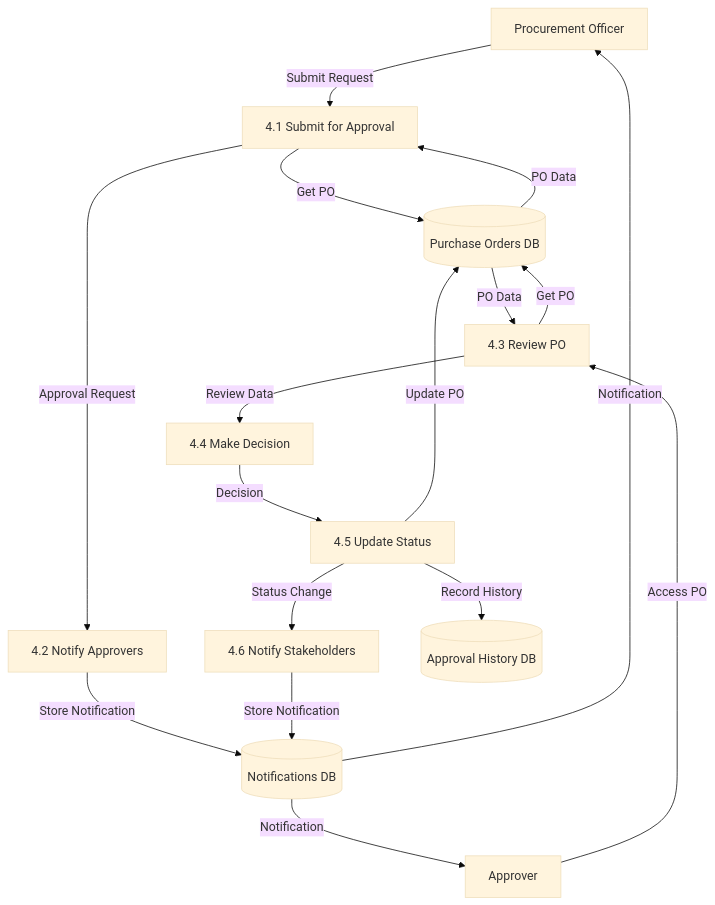
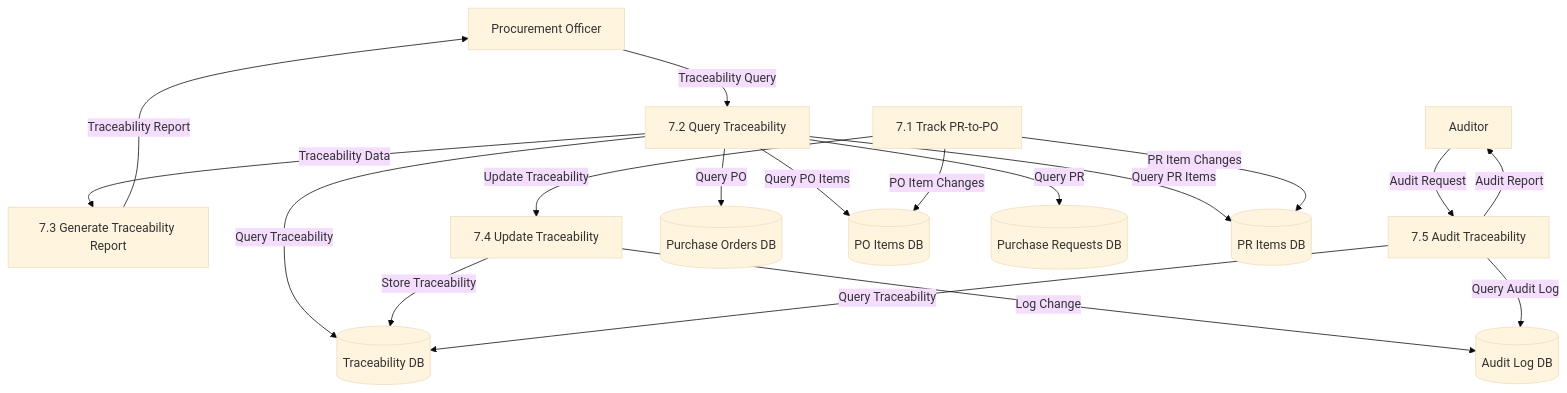
One commit to CarmenSoftware-organization/carmen changed the fifth of 6 diagrams in docs/po/purchase-order-data-flow.md. Above: the diagram before and after it, drawn with Mermaid (base theme). The commit also changed other lines of this file and 188 other files, not shown here.

````diff
--- a/docs/po/purchase-order-data-flow.md
+++ b/docs/po/purchase-order-data-flow.md
@@ -154,40 +199,44 @@
 ```mermaid
 flowchart TD
     %% External Entities
     ProcurementOfficer[Procurement Officer]
-    Approver[Approver]
+    Auditor[Auditor]
     
     %% Processes
-    SubmitForApproval[4.1 Submit for Approval]
-    NotifyApprovers[4.2 Notify Approvers]
-    ReviewPO[4.3 Review PO]
-    MakeDecision[4.4 Make Decision]
-    UpdateStatus[4.5 Update Status]
-    NotifyStakeholders[4.6 Notify Stakeholders]
+    TrackPRtoPO[7.1 Track PR-to-PO]
+    QueryTraceability[7.2 Query Traceability]
+    GenerateTraceabilityReport[7.3 Generate Traceability Report]
+    UpdateTraceability[7.4 Update Traceability]
+    AuditTraceability[7.5 Audit Traceability]
     
     %% Data Stores
     PurchaseOrdersDB[(Purchase Orders DB)]
-    ApprovalHistoryDB[(Approval History DB)]
-    NotificationsDB[(Notifications DB)]
+    PurchaseOrderItemsDB[(PO Items DB)]
+    PRsDB[(Purchase Requests DB)]
+    PRItemsDB[(PR Items DB)]
+    TraceabilityDB[(Traceability DB)]
+    AuditLogDB[(Audit Log DB)]
     
     %% Data Flows
-    ProcurementOfficer -->|Submit Request| SubmitForApproval
-    SubmitForApproval -->|Get PO| PurchaseOrdersDB
-    PurchaseOrdersDB -->|PO Data| SubmitForApproval
-    SubmitForApproval -->|Approval Request| NotifyApprovers
+    ProcurementOfficer -->|Traceability Query| QueryTraceability
+    QueryTraceability -->|Query PR| PRsDB
+    QueryTraceability -->|Query PR Items| PRItemsDB
+    QueryTraceability -->|Query PO| PurchaseOrdersDB
+    QueryTraceability -->|Query PO Items| PurchaseOrderItemsDB
+    QueryTraceability -->|Query Traceability| TraceabilityDB
     
-    NotifyApprovers -->|Store Notification| NotificationsDB
-    NotificationsDB -->|Notification| Approver
-    Approver -->|Access PO| ReviewPO
-    ReviewPO -->|Get PO| PurchaseOrdersDB
-    PurchaseOrdersDB -->|PO Data| ReviewPO
+    QueryTraceability -->|Traceability Data| GenerateTraceabilityReport
+    GenerateTraceabilityReport -->|Traceability Report| ProcurementOfficer
     
-    ReviewPO -->|Review Data| MakeDecision
-    MakeDecision -->|Decision| UpdateStatus
-    UpdateStatus -->|Update PO| PurchaseOrdersDB
-    UpdateStatus -->|Record History| ApprovalHistoryDB
+    TrackPRtoPO -->|PR Item Changes| PRItemsDB
+    TrackPRtoPO -->|PO Item Changes| PurchaseOrderItemsDB
+    TrackPRtoPO -->|Update Traceability| UpdateTraceability
     
-    UpdateStatus -->|Status Change| NotifyStakeholders
-    NotifyStakeholders -->|Store Notification| NotificationsDB
-    NotificationsDB -->|Notification| ProcurementOfficer
+    UpdateTraceability -->|Store Traceability| TraceabilityDB
+    UpdateTraceability -->|Log Change| AuditLogDB
+    
+    Auditor -->|Audit Request| AuditTraceability
+    AuditTraceability -->|Query Traceability| TraceabilityDB
+    AuditTraceability -->|Query Audit Log| AuditLogDB
+    AuditTraceability -->|Audit Report| Auditor
 ```
````
